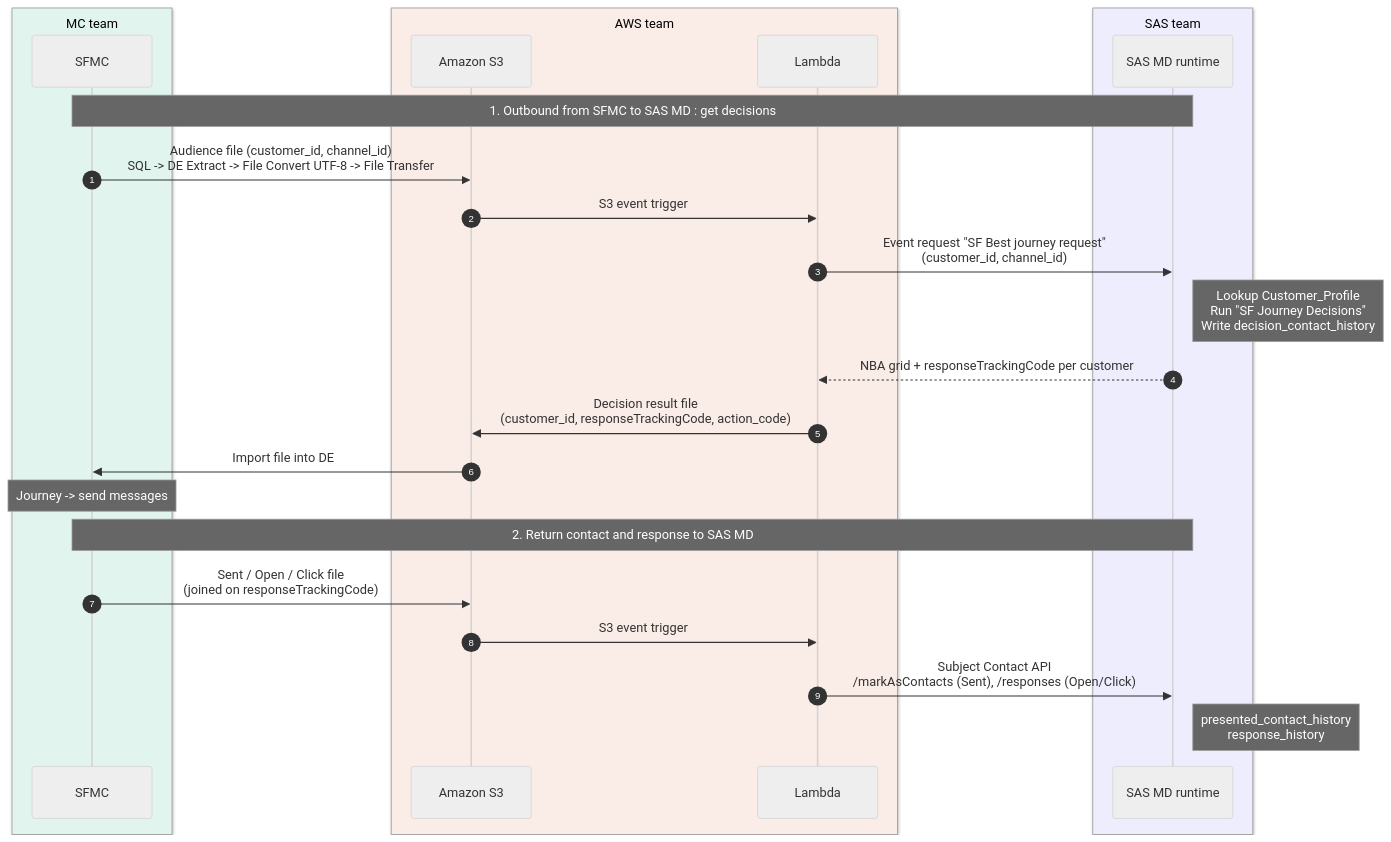
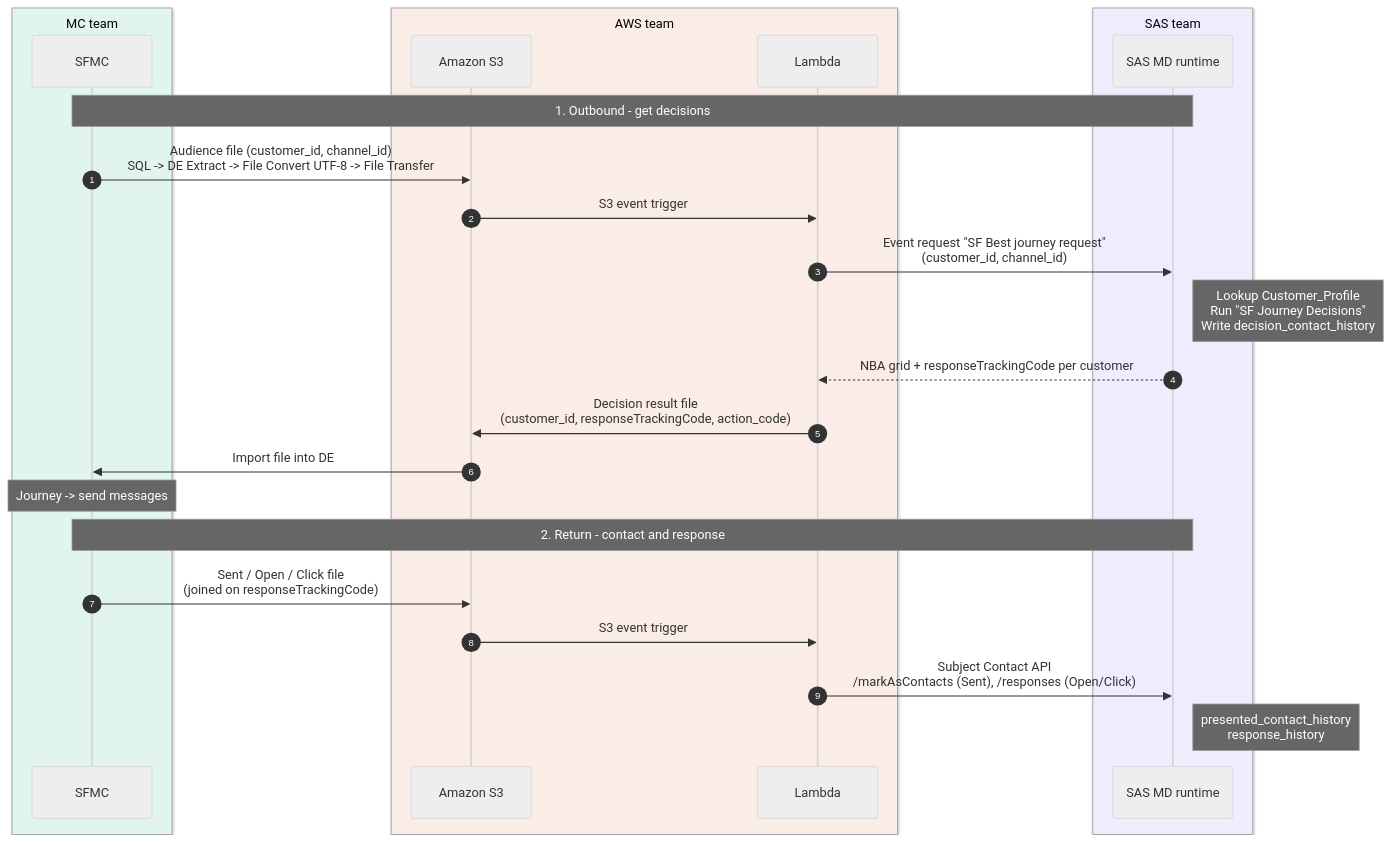
One commit to buaandkwan-ctrl/mermaid changed the diagram in sfmc_sas_md_sequence.mmd. Above: the diagram before and after it, drawn with Mermaid (neutral theme).

```diff
--- a/sfmc_sas_md_sequence.mmd
+++ b/sfmc_sas_md_sequence.mmd
@@ -1,28 +1,28 @@
 sequenceDiagram
     autonumber
     box rgb(225,245,238) MC team 
         participant SFMC as SFMC
     end
     box rgb(250,236,231) AWS team 
         participant S3 as Amazon S3
         participant L as Lambda
     end
     box rgb(238,237,254) SAS team
         participant MD as SAS MD runtime
     end
 
-    Note over SFMC,MD: 1. Outbound from SFMC to SAS MD : get decisions 
+    Note over SFMC,MD: 1. Outbound - get decisions
     SFMC->>S3: Audience file (customer_id, channel_id)<br/>SQL -> DE Extract -> File Convert UTF-8 -> File Transfer
     S3->>L: S3 event trigger
     L->>MD: Event request "SF Best journey request"<br/>(customer_id, channel_id)
     Note right of MD: Lookup Customer_Profile<br/>Run "SF Journey Decisions"<br/>Write decision_contact_history
     MD-->>L: NBA grid + responseTrackingCode per customer
     L->>S3: Decision result file<br/>(customer_id, responseTrackingCode, action_code)
     S3->>SFMC: Import file into DE
     Note over SFMC: Journey -> send messages
 
-    Note over SFMC,MD: 2. Return contact and response to SAS MD 
+    Note over SFMC,MD: 2. Return - contact and response
     SFMC->>S3: Sent / Open / Click file<br/>(joined on responseTrackingCode)
     S3->>L: S3 event trigger
     L->>MD: Subject Contact API<br/>/markAsContacts (Sent), /responses (Open/Click)
     Note right of MD: presented_contact_history<br/>response_history
```
